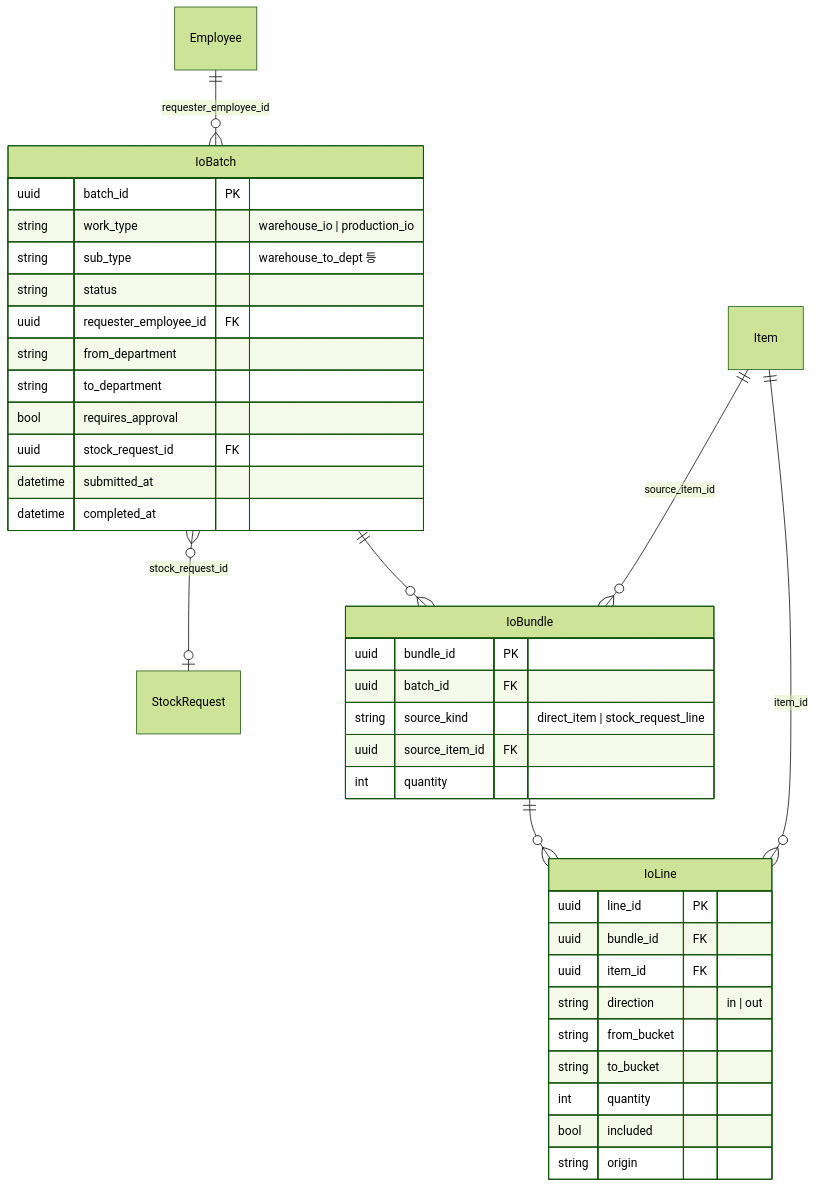
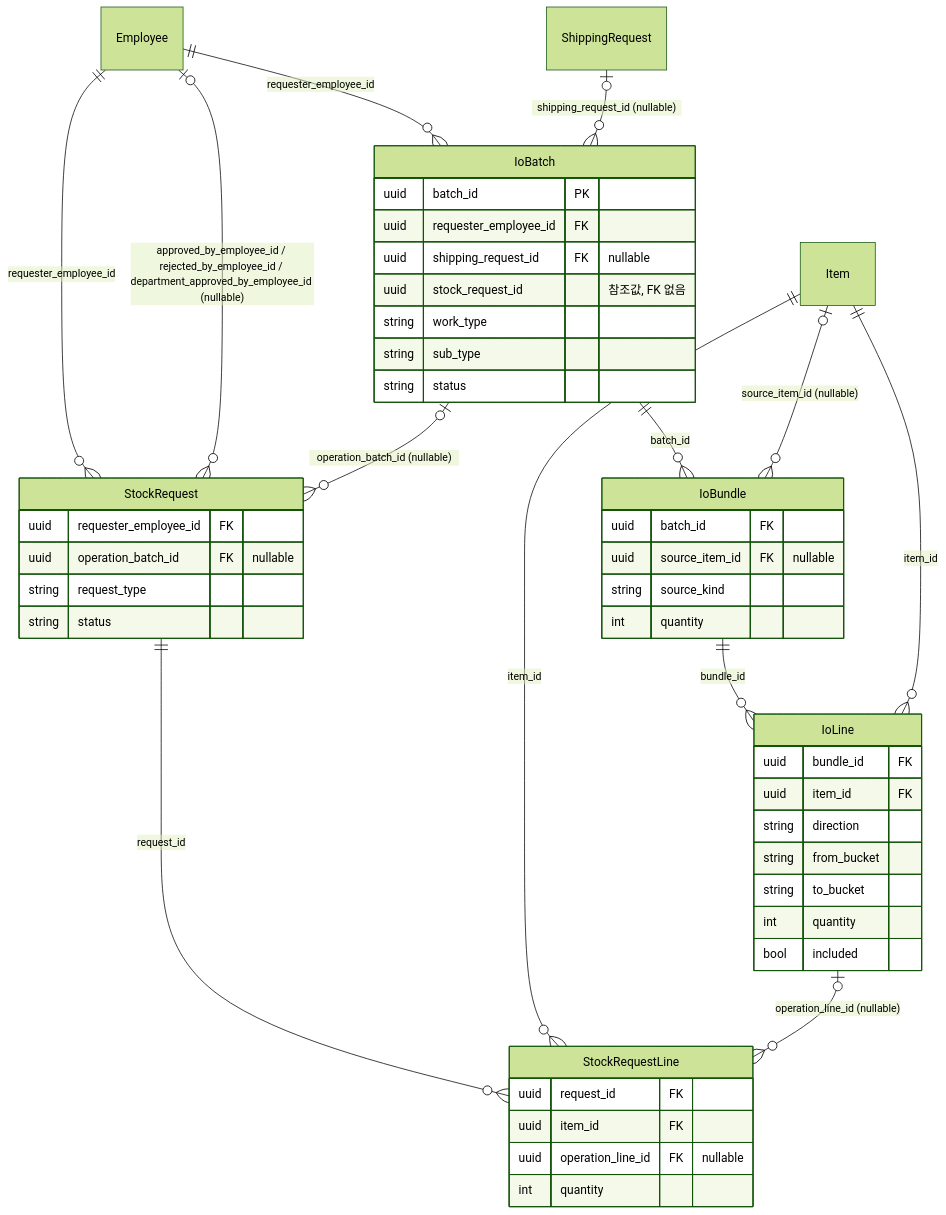
Before and after one commit to Hw-03/ERP: the fourth of 7 diagrams in _attic/docs/ERD.md, drawn with Mermaid (forest theme). The commit also changed other lines of this file and 50 other files, not shown here.

````diff
--- a/_attic/docs/ERD.md
+++ b/_attic/docs/ERD.md
@@ -195,43 +160,52 @@
 ```mermaid
 erDiagram
     Employee ||--o{ IoBatch : "requester_employee_id"
-    IoBatch ||--o{ IoBundle : ""
-    IoBundle ||--o{ IoLine : ""
+    ShippingRequest o|--o{ IoBatch : "shipping_request_id (nullable)"
+    IoBatch ||--o{ IoBundle : "batch_id"
+    IoBundle ||--o{ IoLine : "bundle_id"
+    Item o|--o{ IoBundle : "source_item_id (nullable)"
     Item ||--o{ IoLine : "item_id"
-    Item ||--o{ IoBundle : "source_item_id"
-    IoBatch }o--o| StockRequest : "stock_request_id"
+    Employee ||--o{ StockRequest : "requester_employee_id"
+    Employee o|--o{ StockRequest : "approved_by_employee_id / rejected_by_employee_id / department_approved_by_employee_id (nullable)"
+    IoBatch o|--o{ StockRequest : "operation_batch_id (nullable)"
+    StockRequest ||--o{ StockRequestLine : "request_id"
+    Item ||--o{ StockRequestLine : "item_id"
+    IoLine o|--o{ StockRequestLine : "operation_line_id (nullable)"
 
     IoBatch {
         uuid batch_id PK
-        string work_type "warehouse_io | production_io"
-        string sub_type "warehouse_to_dept 등"
+        uuid requester_employee_id FK
+        uuid shipping_request_id FK "nullable"
+        uuid stock_request_id "참조값, FK 없음"
+        string work_type
+        string sub_type
         string status
-        uuid requester_employee_id FK
-        string from_department
-        string to_department
-        bool requires_approval
-        uuid stock_request_id FK
-        datetime submitted_at
-        datetime completed_at
     }
-
     IoBundle {
-        uuid bundle_id PK
         uuid batch_id FK
-        string source_kind "direct_item | stock_request_line"
-        uuid source_item_id FK
+        uuid source_item_id FK "nullable"
+        string source_kind
         int quantity
     }
-
     IoLine {
-        uuid line_id PK
         uuid bundle_id FK
         uuid item_id FK
-        string direction "in | out"
+        string direction
         string from_bucket
         string to_bucket
         int quantity
         bool included
-        string origin
+    }
+    StockRequest {
+        uuid requester_employee_id FK
+        uuid operation_batch_id FK "nullable"
+        string request_type
+        string status
+    }
+    StockRequestLine {
+        uuid request_id FK
+        uuid item_id FK
+        uuid operation_line_id FK "nullable"
+        int quantity
     }
 ```
````
